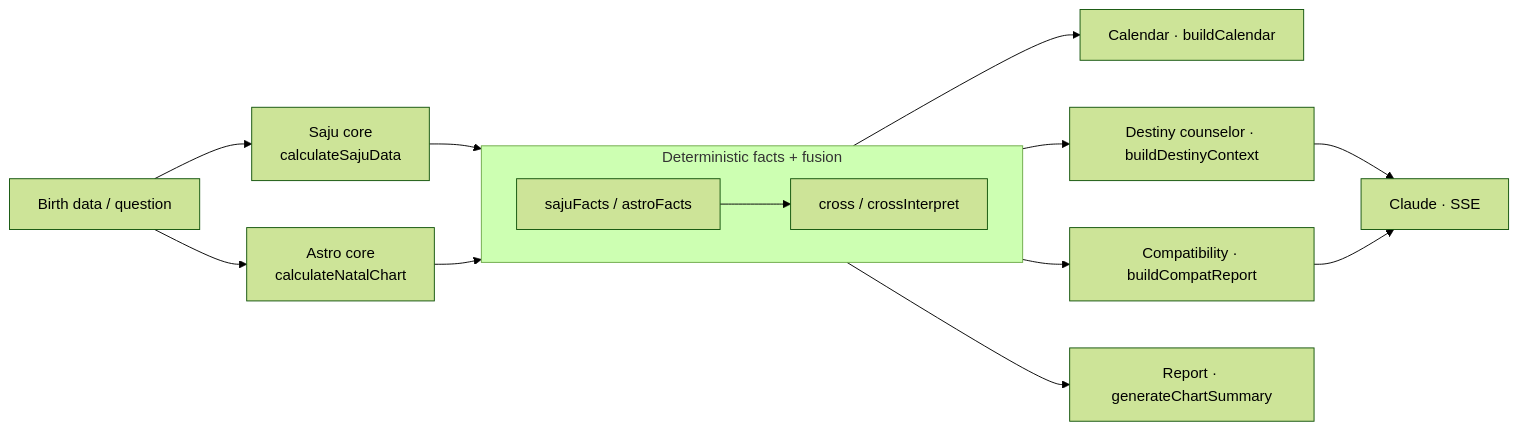
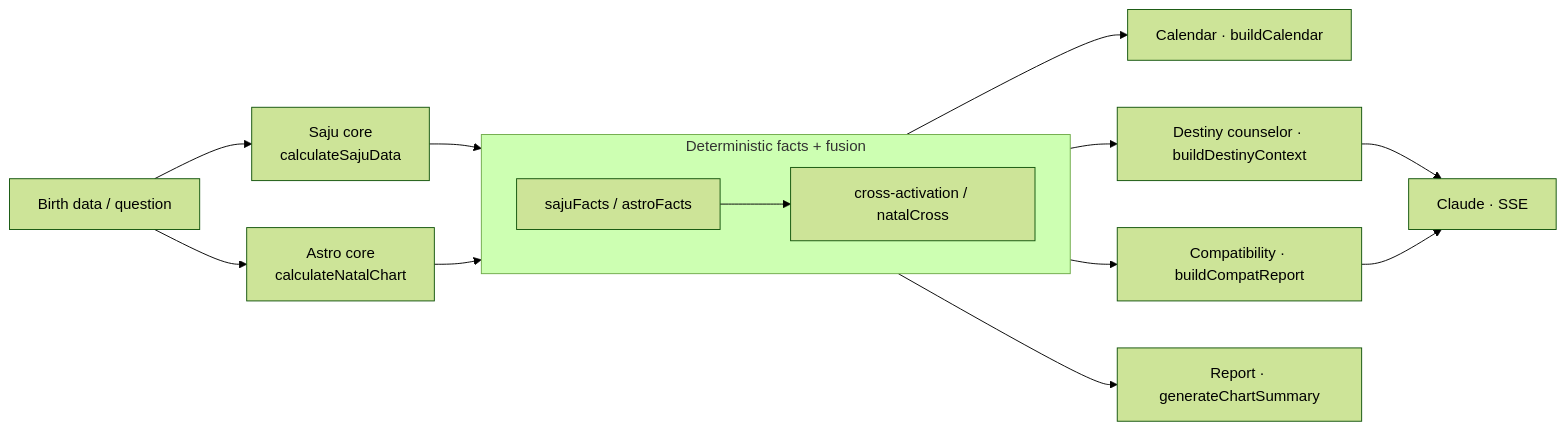
One commit to pppaal/saju-astro-chat changed the diagram in README.md. Above: the diagram before and after it, drawn with Mermaid (forest theme). The commit also changed 18 other files, not shown here.

````diff
--- a/README.md
+++ b/README.md
@@ -72,17 +72,17 @@
 ```mermaid
 flowchart LR
     IN[Birth data / question] --> SAJU[Saju core<br/>calculateSajuData]
     IN --> ASTRO[Astro core<br/>calculateNatalChart]
     SAJU --> FACTS
     ASTRO --> FACTS
     subgraph FACTS["Deterministic facts + fusion"]
       direction LR
-      SF[sajuFacts / astroFacts] --> CR[cross / crossInterpret]
+      SF[sajuFacts / astroFacts] --> CR[cross-activation / natalCross]
     end
     FACTS --> CAL[Calendar · buildCalendar]
     FACTS --> CNS[Destiny counselor · buildDestinyContext]
     FACTS --> CMP[Compatibility · buildCompatReport]
     FACTS --> REP[Report · generateChartSummary]
     CNS --> LLM[Claude · SSE]
     CMP --> LLM
 ```
````
